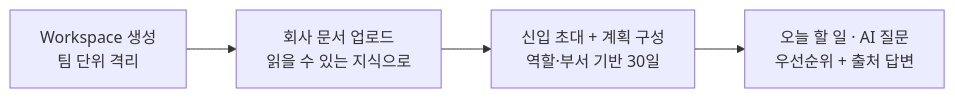
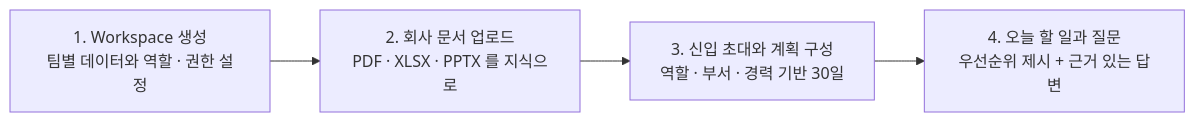
Before and after one commit to No-mentor/Onboarding-Platform: the first of 2 diagrams in README.md, drawn with Mermaid. The commit also changed other lines of this file, not shown here.

````diff
--- a/README.md
+++ b/README.md
@@ -71,6 +58,6 @@
 ```mermaid
 flowchart LR
-    A["Workspace 생성<br/>팀 단위 격리"] --> B["회사 문서 업로드<br/>읽을 수 있는 지식으로"]
-    B --> C["신입 초대 + 계획 구성<br/>역할·부서 기반 30일"]
-    C --> D["오늘 할 일 · AI 질문<br/>우선순위 + 출처 답변"]
+    A["1. Workspace 생성<br/>팀별 데이터와 역할 · 권한 설정"] --> B["2. 회사 문서 업로드<br/>PDF · XLSX · PPTX 를 지식으로"]
+    B --> C["3. 신입 초대와 계획 구성<br/>역할 · 부서 · 경력 기반 30일"]
+    C --> D["4. 오늘 할 일과 질문<br/>우선순위 제시 + 근거 있는 답변"]
 ```
````
